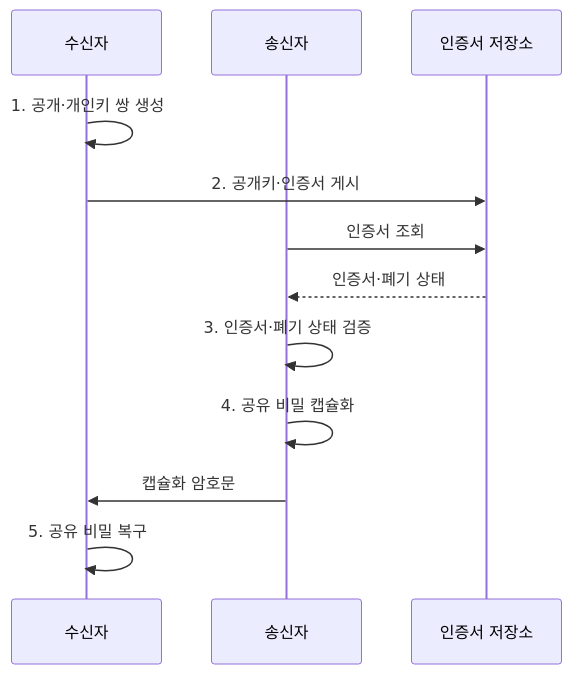
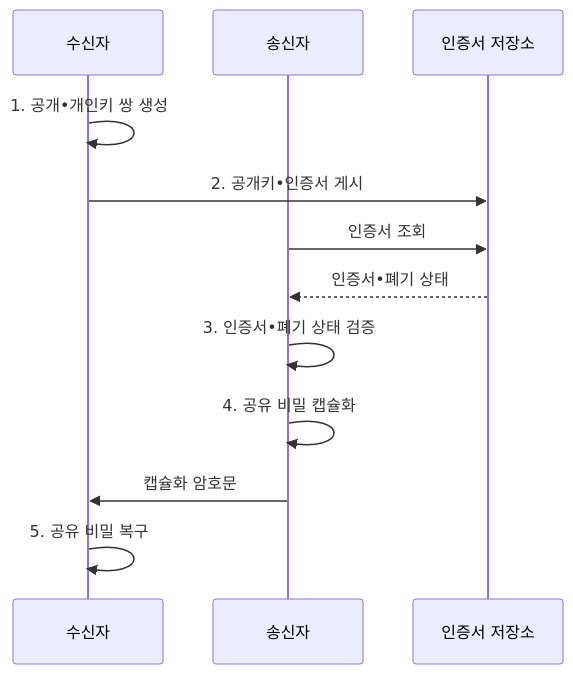
The second of 2 diagrams in src/content/docs/notes/05-security/002_asymmetric_encryption.md (agnusdei1207/knowledge-base), drawn with Mermaid before and after one commit. The commit also changed other lines of this file and 953 other files, not shown here.

````diff
--- a/src/content/docs/notes/05-security/002_asymmetric_encryption.md
+++ b/src/content/docs/notes/05-security/002_asymmetric_encryption.md
@@ -102,14 +102,14 @@
 ```mermaid
 sequenceDiagram
     participant R as 수신자
     participant S as 송신자
     participant C as 인증서 저장소
-    R->>R: 1. 공개·개인키 쌍 생성
-    R->>C: 2. 공개키·인증서 게시
+    R->>R: 1. 공개•개인키 쌍 생성
+    R->>C: 2. 공개키•인증서 게시
     S->>C: 인증서 조회
-    C-->>S: 인증서·폐기 상태
-    S->>S: 3. 인증서·폐기 상태 검증
+    C-->>S: 인증서•폐기 상태
+    S->>S: 3. 인증서•폐기 상태 검증
     S->>S: 4. 공유 비밀 캡슐화
     S->>R: 캡슐화 암호문
     R->>R: 5. 공유 비밀 복구
 ```
````
